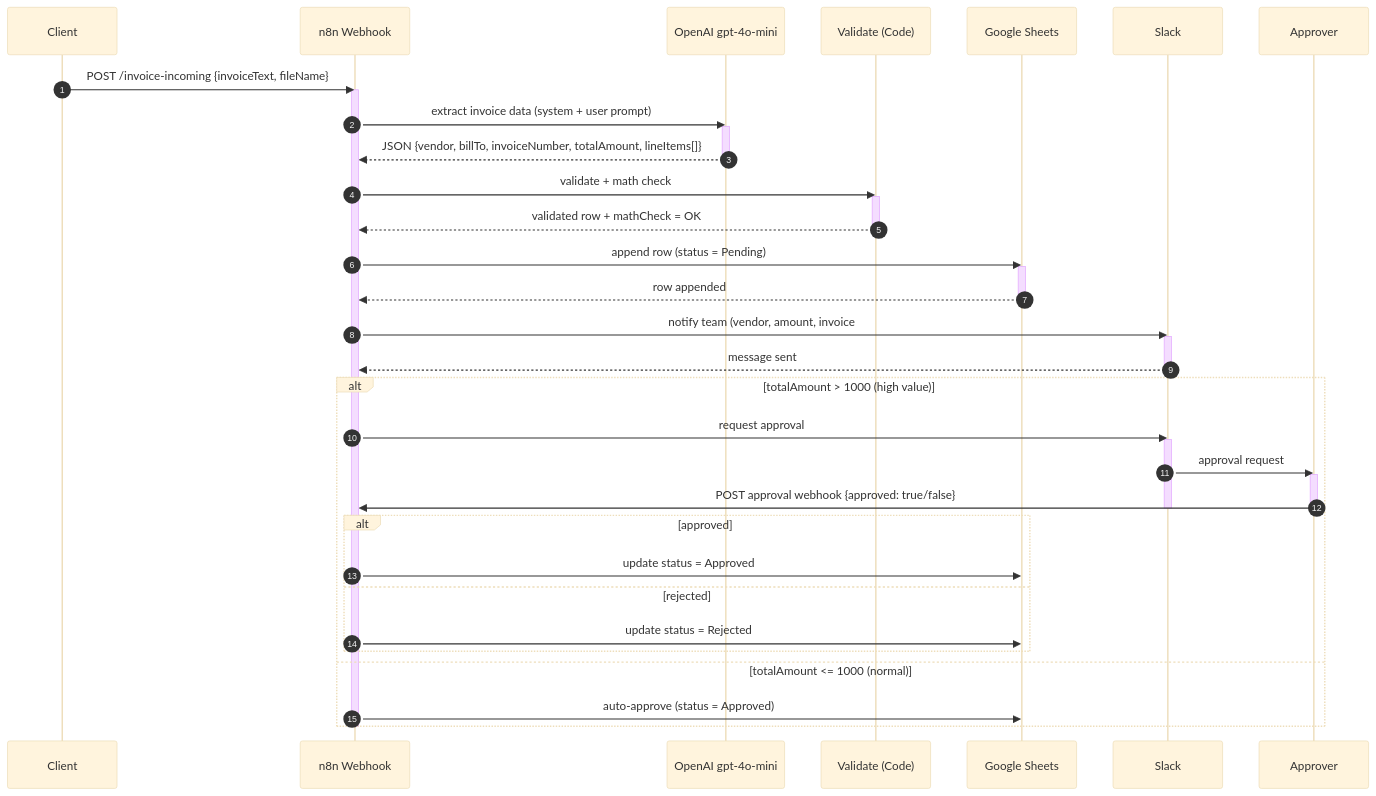
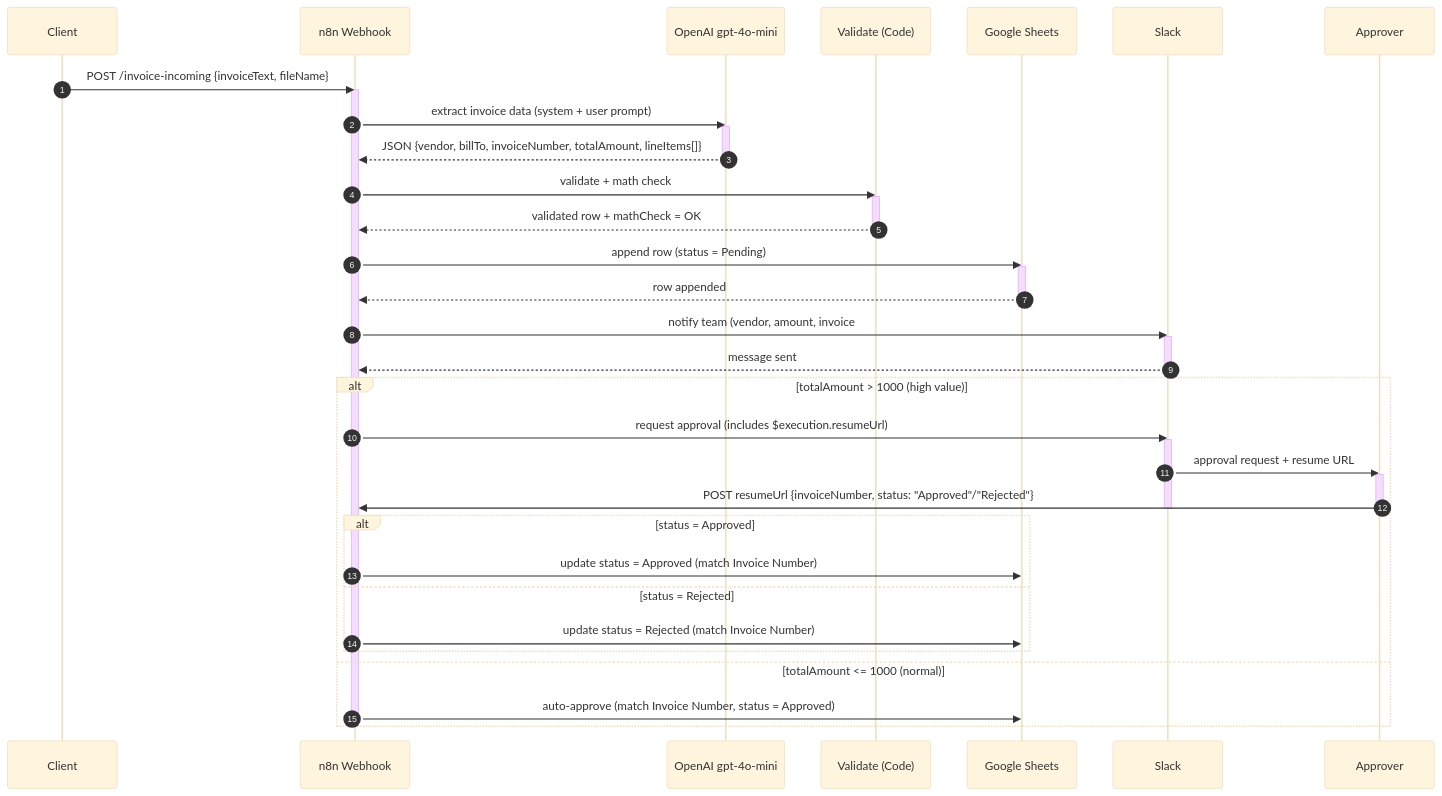
The diagram in sequence-diagram.md (DoTuanPhong/make_-Invoice-processing-automated-workflow), drawn with Mermaid (base theme) before and after one commit. The commit also changed other lines of this file and 3 other files, not shown here.

Commit message:
Enhance approval flow for high-value invoices: include resume URL in Slack notifications and update invoice status based on approval results. Improve sequence diagram and README for clarity on webhook interactions and processing steps.

````diff
--- a/sequence-diagram.md
+++ b/sequence-diagram.md
@@ -7,48 +7,48 @@
 ```mermaid
 sequenceDiagram
     autonumber
     participant C as Client
     participant W as n8n Webhook
     participant AI as OpenAI gpt-4o-mini
     participant V as Validate (Code)
     participant GS as Google Sheets
     participant SL as Slack
     participant AP as Approver
 
     C->>W: POST /invoice-incoming {invoiceText, fileName}
     activate W
     W->>AI: extract invoice data (system + user prompt)
     activate AI
     AI-->>W: JSON {vendor, billTo, invoiceNumber, totalAmount, lineItems[]}
     deactivate AI
     W->>V: validate + math check
     activate V
     V-->>W: validated row + mathCheck = OK
     deactivate V
     W->>GS: append row (status = Pending)
     activate GS
     GS-->>W: row appended
     deactivate GS
     W->>SL: notify team (vendor, amount, invoice#)
     activate SL
     SL-->>W: message sent
     deactivate SL
 
     alt totalAmount > 1000 (high value)
-        W->>SL: request approval
+        W->>SL: request approval (includes $execution.resumeUrl)
         activate SL
-        SL->>AP: approval request
+        SL->>AP: approval request + resume URL
         activate AP
-        AP->>W: POST approval webhook {approved: true/false}
+        AP->>W: POST resumeUrl {invoiceNumber, status: "Approved"/"Rejected"}
         deactivate AP
         deactivate SL
-        alt approved
-            W->>GS: update status = Approved
-        else rejected
-            W->>GS: update status = Rejected
+        alt status = Approved
+            W->>GS: update status = Approved (match Invoice Number)
+        else status = Rejected
+            W->>GS: update status = Rejected (match Invoice Number)
         end
     else totalAmount <= 1000 (normal)
-        W->>GS: auto-approve (status = Approved)
+        W->>GS: auto-approve (match Invoice Number, status = Approved)
     end
     deactivate W
 ```
````
